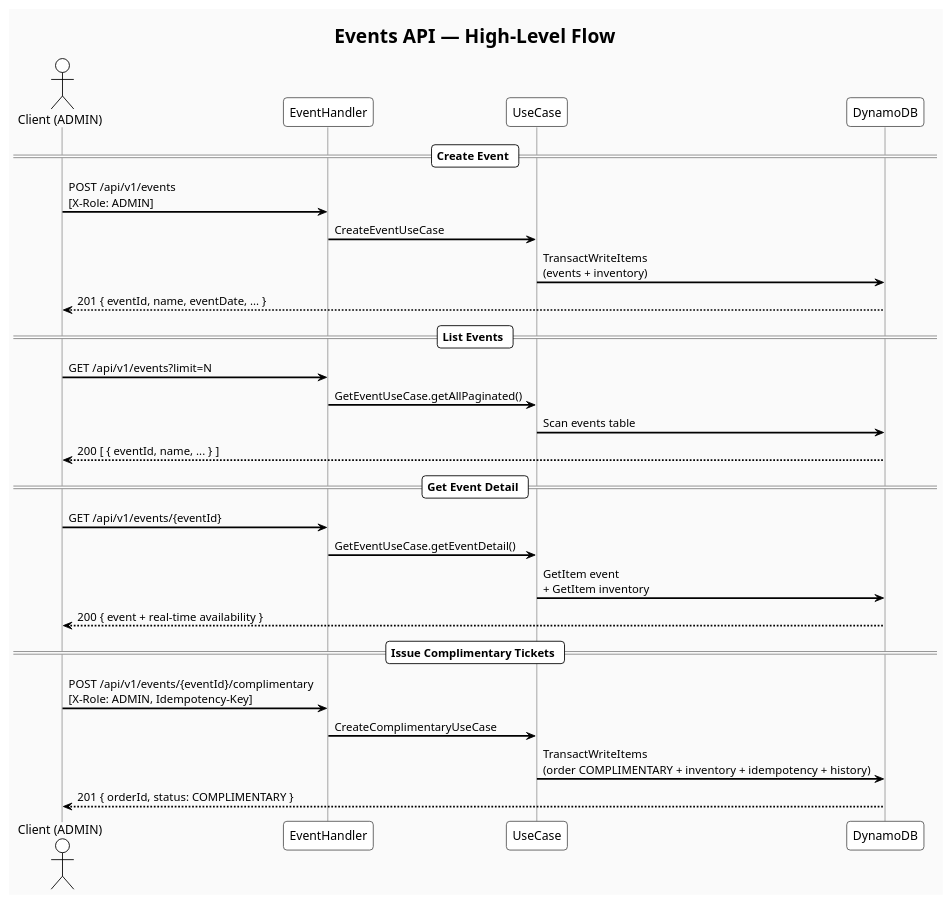
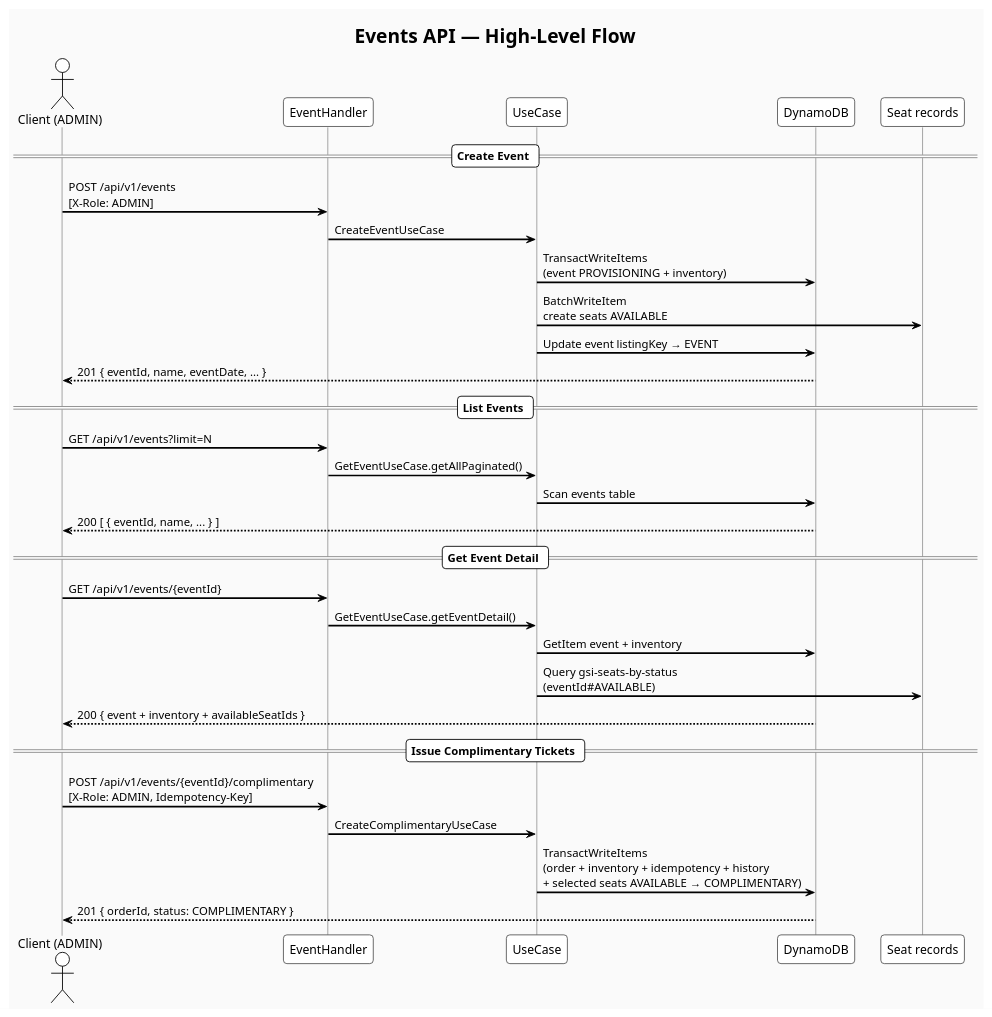
One commit to EstebanRCarmona/ticketing-Nequi changed the diagram in docs/diagramas-secuencia/events_flow.puml. Above: the diagram before and after it, drawn with PlantUML. The commit also changed 29 other files, not shown here.

Commit message:
docs: update ticketing flows and architecture

```diff
--- a/docs/diagramas-secuencia/events_flow.puml
+++ b/docs/diagramas-secuencia/events_flow.puml
@@ -1,40 +1,44 @@
 @startuml events_flow
 !theme plain
 skinparam backgroundColor #FAFAFA
 skinparam roundcorner 8
 skinparam sequenceArrowThickness 2
 skinparam sequenceParticipantBorderColor #555
 skinparam sequenceLifeLineBorderColor #999
 
 title Events API — High-Level Flow
 
 actor       "Client (ADMIN)"   as C
 participant "EventHandler"     as H
 participant "UseCase"          as UC
 participant "DynamoDB"         as DB
+participant "Seat records"     as SEATS
 
 == Create Event ==
 C -> H : POST /api/v1/events\n[X-Role: ADMIN]
 H -> UC : CreateEventUseCase
-UC -> DB : TransactWriteItems\n(events + inventory)
+UC -> DB : TransactWriteItems\n(event PROVISIONING + inventory)
+UC -> SEATS : BatchWriteItem\ncreate seats AVAILABLE
+UC -> DB : Update event listingKey → EVENT
 DB --> C : 201 { eventId, name, eventDate, ... }
 
 == List Events ==
 C -> H : GET /api/v1/events?limit=N
 H -> UC : GetEventUseCase.getAllPaginated()
 UC -> DB : Scan events table
 DB --> C : 200 [ { eventId, name, ... } ]
 
 == Get Event Detail ==
 C -> H : GET /api/v1/events/{eventId}
 H -> UC : GetEventUseCase.getEventDetail()
-UC -> DB : GetItem event\n+ GetItem inventory
-DB --> C : 200 { event + real-time availability }
+UC -> DB : GetItem event + inventory
+UC -> SEATS : Query gsi-seats-by-status\n(eventId#AVAILABLE)
+DB --> C : 200 { event + inventory + availableSeatIds }
 
 == Issue Complimentary Tickets ==
 C -> H : POST /api/v1/events/{eventId}/complimentary\n[X-Role: ADMIN, Idempotency-Key]
 H -> UC : CreateComplimentaryUseCase
-UC -> DB : TransactWriteItems\n(order COMPLIMENTARY + inventory + idempotency + history)
+UC -> DB : TransactWriteItems\n(order + inventory + idempotency + history\n+ selected seats AVAILABLE → COMPLIMENTARY)
 DB --> C : 201 { orderId, status: COMPLIMENTARY }
 
 @enduml
```
